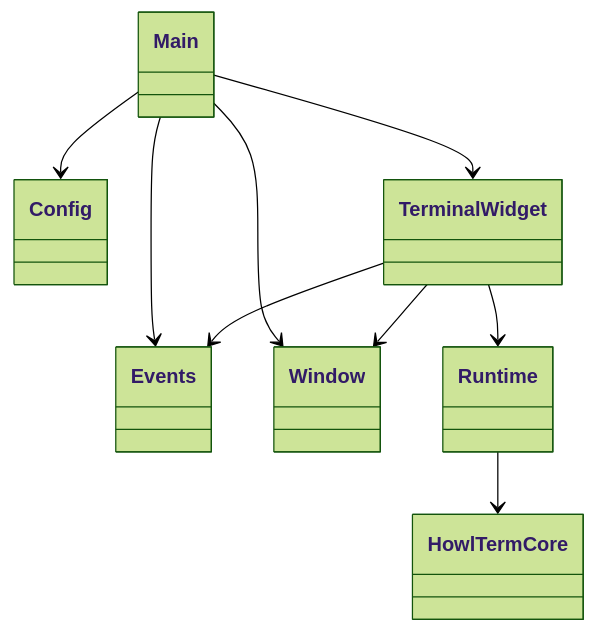
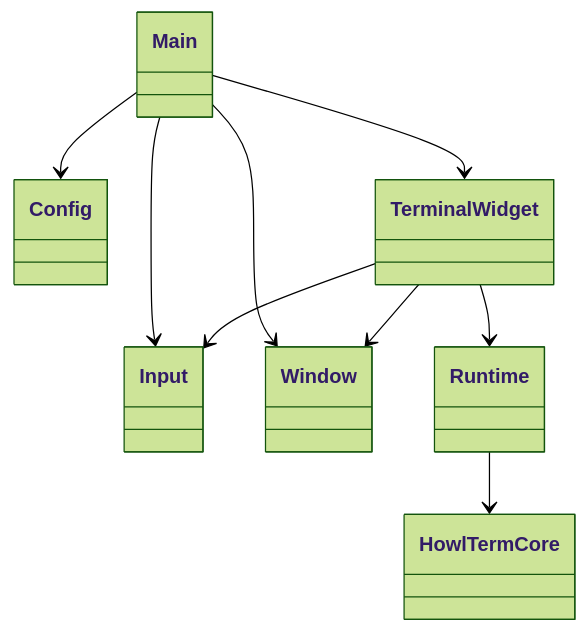
The first of 3 diagrams in design.md (LaurenceGuws/howl-linux-host), drawn with Mermaid (forest theme) before and after one commit. The commit also changed other lines of this file and 40 other files, not shown here.

````diff
--- a/design.md
+++ b/design.md
@@ -19,19 +19,19 @@
 ```mermaid
 classDiagram
     class Main
     class Config
-    class Events
+    class Input
     class Window
     class TerminalWidget
     class Runtime
     class HowlTermCore
 
     Main --> Config
-    Main --> Events
+    Main --> Input
     Main --> Window
     Main --> TerminalWidget
-    TerminalWidget --> Events
+    TerminalWidget --> Input
     TerminalWidget --> Window
     TerminalWidget --> Runtime
     Runtime --> HowlTermCore
 ```
````
